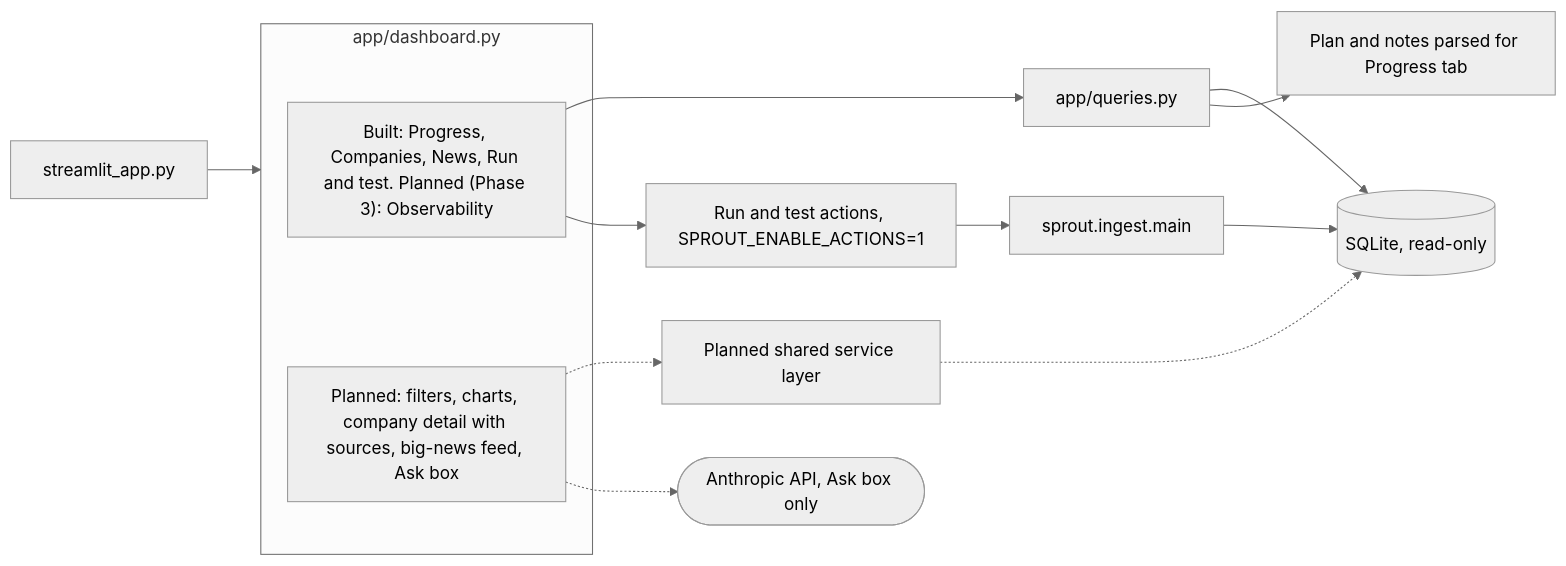
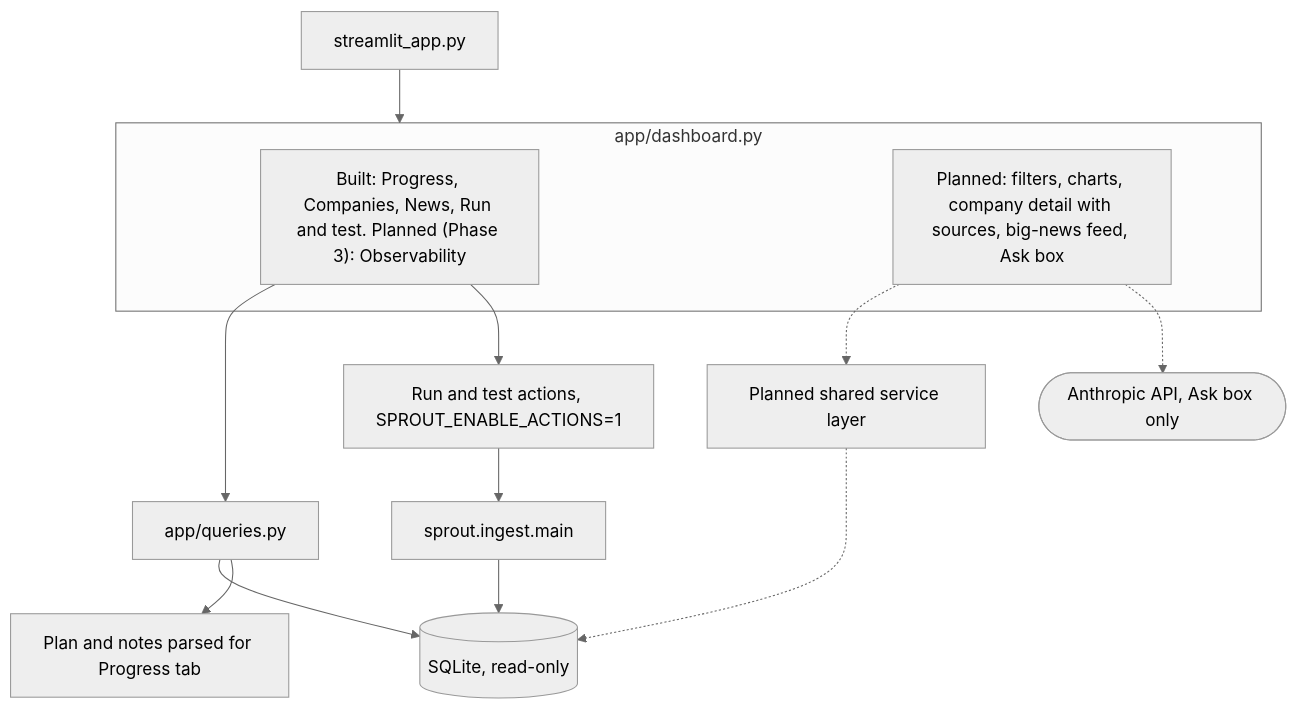
Before and after one commit to Farzaanee/sprout: the diagram in docs/architecture/phase-6-dashboard.md, drawn with Mermaid (neutral theme). The commit also changed 5 other files, not shown here.

Commit message:
adjust the diagrams

````diff
--- a/docs/architecture/phase-6-dashboard.md
+++ b/docs/architecture/phase-6-dashboard.md
@@ -5,25 +5,25 @@
 ```mermaid
-flowchart LR
+flowchart TB
     ENTRY["streamlit_app.py"]
     subgraph UI["app/dashboard.py"]
         T1["Built: Progress, Companies, News, Run and test. Planned (Phase 3): Observability"]
         T2["Planned: filters, charts, company detail with sources, big-news feed, Ask box"]
     end
     Q["app/queries.py"]
     SVC["Planned shared service layer"]
     SQL[("SQLite, read-only")]
     DOCS["Plan and notes parsed for Progress tab"]
     ACT["Run and test actions, SPROUT_ENABLE_ACTIONS=1"]
     ING["sprout.ingest.main"]
     LLM(["Anthropic API, Ask box only"])
     ENTRY --> UI
     T1 --> Q
     T2 -.-> SVC
     Q --> SQL
     Q --> DOCS
     SVC -.-> SQL
     T1 --> ACT
     ACT --> ING
     ING --> SQL
     T2 -.-> LLM
 ```
````
